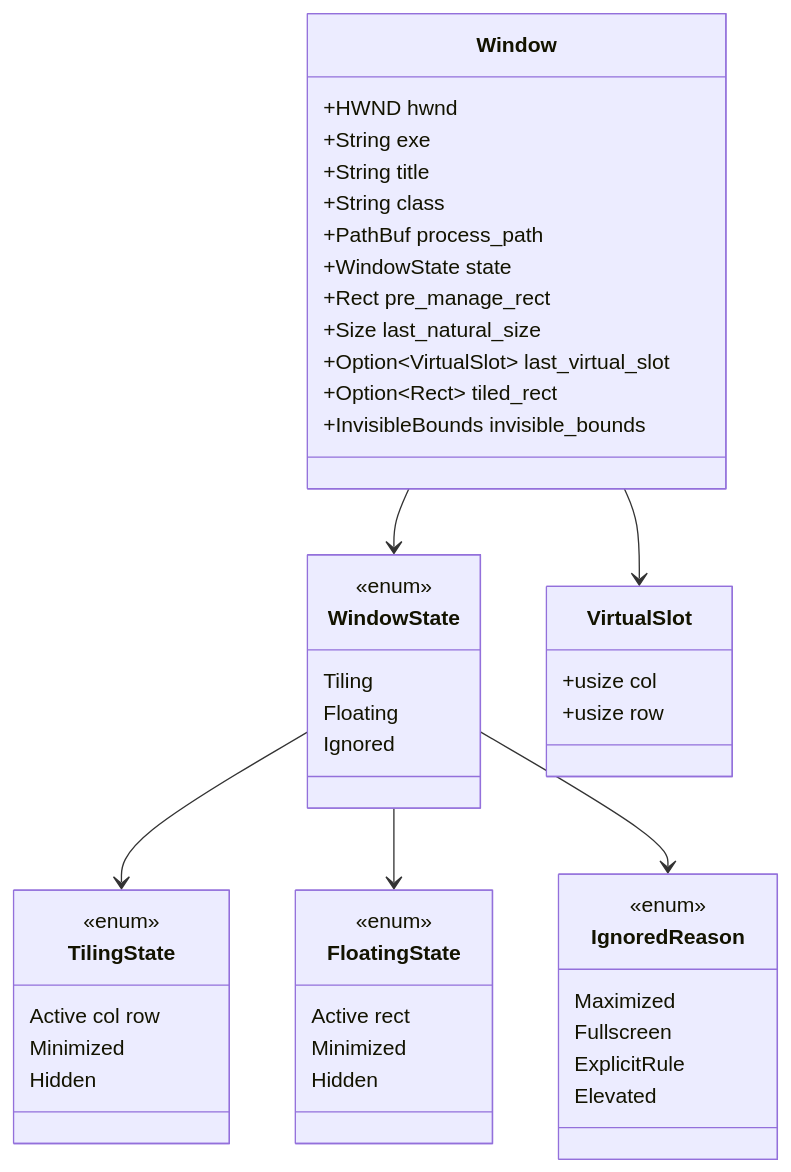
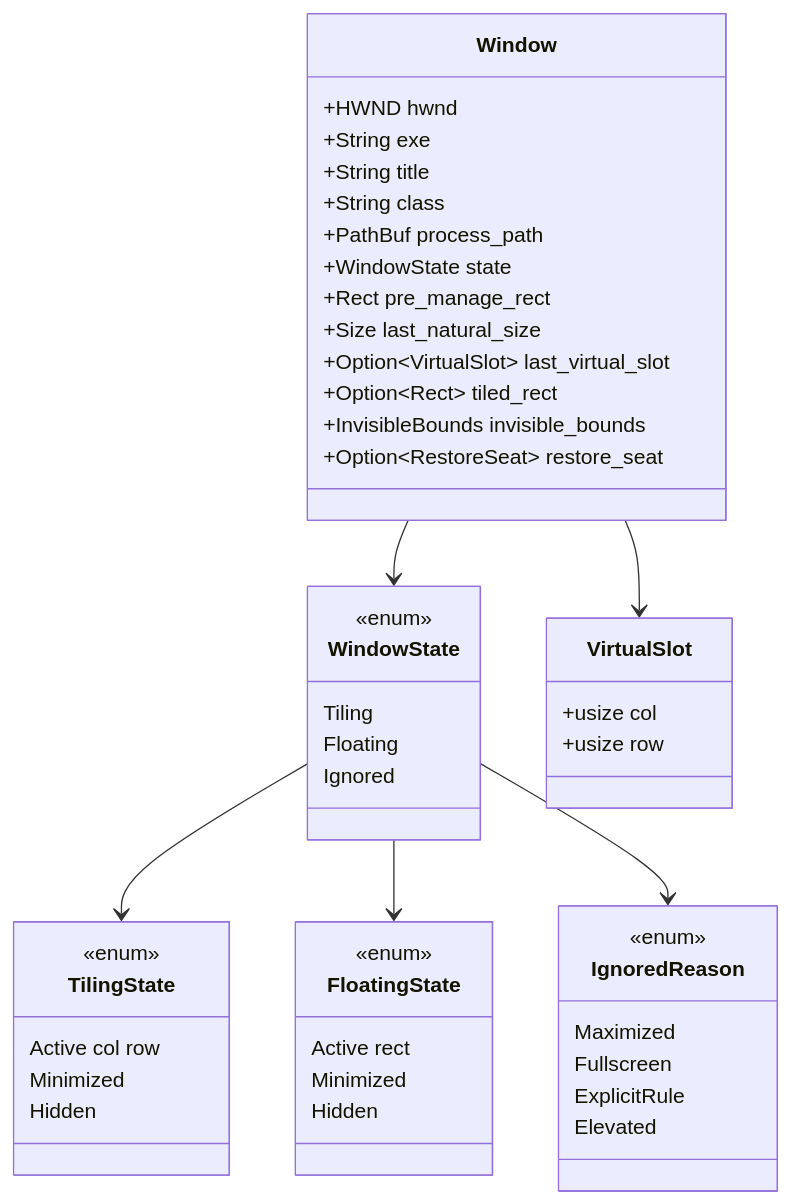
The first of 4 diagrams in docs/src/dev-guide/window-registry.md (darth-feir/flow-wm-multi-monitor), drawn with Mermaid before and after one commit. The commit also changed other lines of this file and 14 other files, not shown here.

````diff
--- a/docs/src/dev-guide/window-registry.md
+++ b/docs/src/dev-guide/window-registry.md
@@ -32,50 +32,51 @@
 ```mermaid
 classDiagram
     class WindowState {
         <<enum>>
         Tiling
         Floating
         Ignored
     }
     class TilingState {
         <<enum>>
         Active col row
         Minimized
         Hidden
     }
     class FloatingState {
         <<enum>>
         Active rect
         Minimized
         Hidden
     }
     class IgnoredReason {
         <<enum>>
         Maximized
         Fullscreen
         ExplicitRule
         Elevated
     }
     class Window {
         +HWND hwnd
         +String exe
         +String title
         +String class
         +PathBuf process_path
         +WindowState state
         +Rect pre_manage_rect
         +Size last_natural_size
         +Option~VirtualSlot~ last_virtual_slot
         +Option~Rect~ tiled_rect
         +InvisibleBounds invisible_bounds
+        +Option~RestoreSeat~ restore_seat
     }
     class VirtualSlot {
         +usize col
         +usize row
     }
     WindowState --> TilingState
     WindowState --> FloatingState
     WindowState --> IgnoredReason
     Window --> WindowState
     Window --> VirtualSlot
 ```
````
